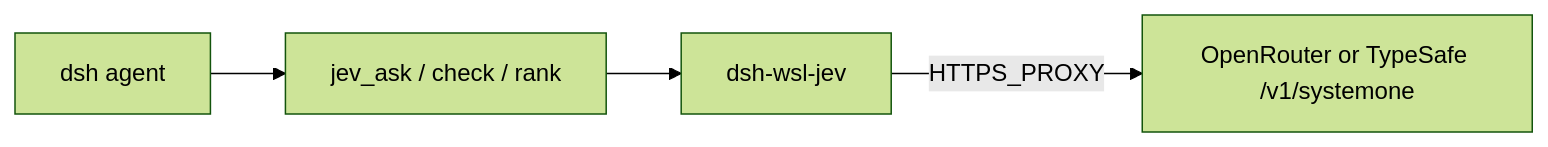
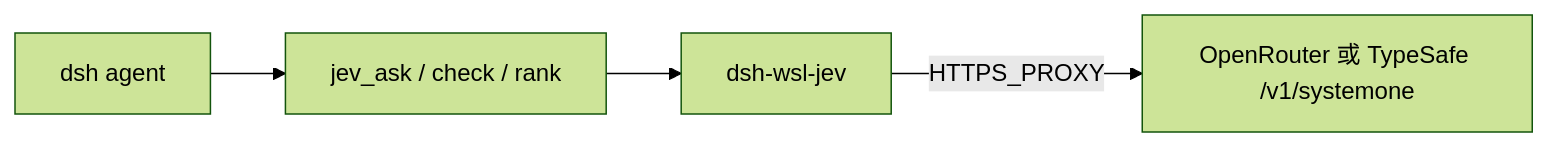
Before and after one commit to 173787247/dsh-wsl-jev: the diagram in README.md, drawn with Mermaid (forest theme). The commit also changed other lines of this file and 3 other files, not shown here.

````diff
--- a/README.md
+++ b/README.md
@@ -13,6 +13,6 @@
 ```mermaid
 flowchart LR
   agent["dsh agent"] --> tools["jev_ask / check / rank"]
   tools --> plugin["dsh-wsl-jev"]
-  plugin -->|"HTTPS_PROXY"| api["OpenRouter or TypeSafe /v1/systemone"]
+  plugin -->|"HTTPS_PROXY"| api["OpenRouter 或 TypeSafe /v1/systemone"]
 ```
````
